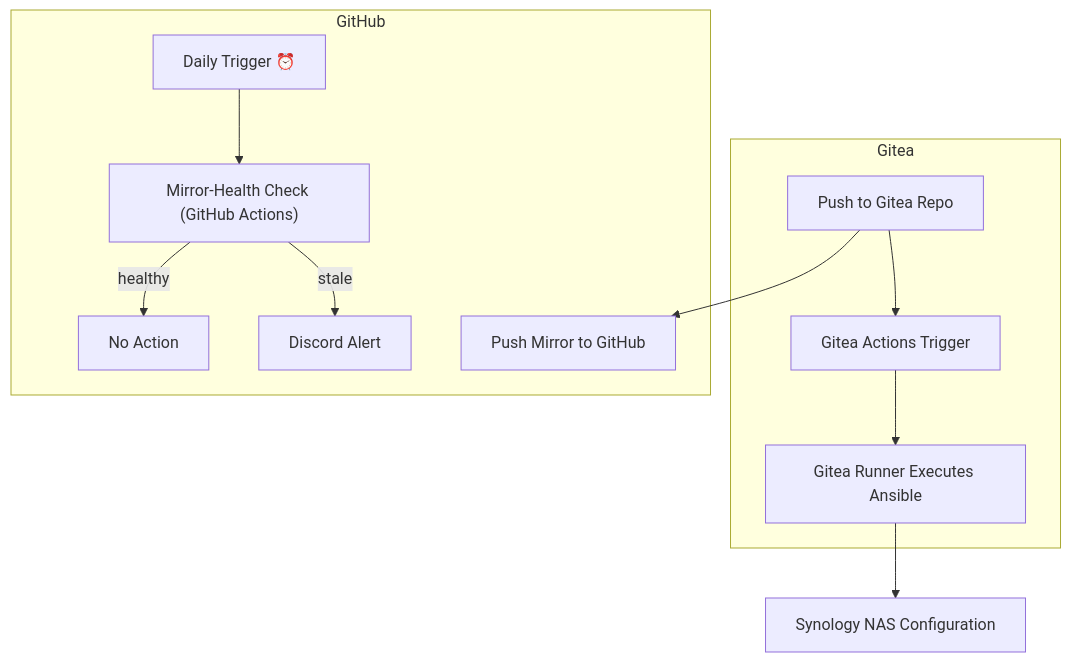
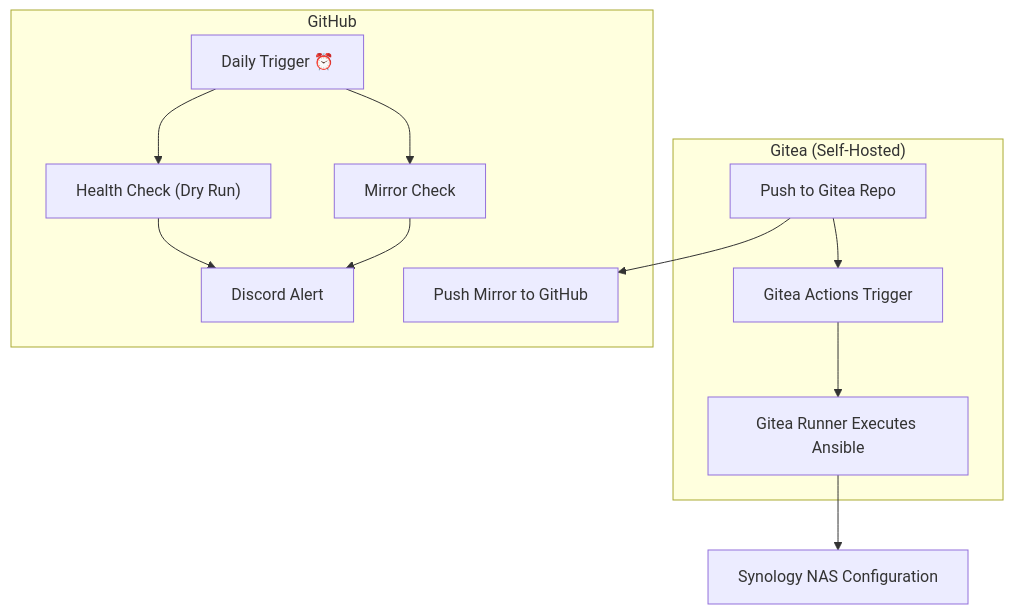
Before and after one commit to jaxzin/jaxzin-infra-bootstrap: the first of 2 diagrams in README.md, drawn with Mermaid. The commit also changed other lines of this file and 8 other files, not shown here.

````diff
--- a/README.md
+++ b/README.md
@@ -56,15 +58,16 @@
 ```mermaid
 flowchart TB
-    subgraph Gitea_CI["Gitea"]
+    subgraph Gitea_CI["Gitea (Self-Hosted)"]
         A[Push to Gitea Repo] --> B[Gitea Actions Trigger]
         B --> C[Gitea Runner Executes Ansible]
     end
     subgraph GitHub_CI["GitHub"]
         A --> E[Push Mirror to GitHub]
         T["Daily Trigger ⏰"]
-        T --> F["Mirror-Health Check (GitHub Actions)"]
-        F -->|stale| G["Discord Alert"]
-        F -->|healthy| H["No Action"]
+        T --> F["Mirror Check"]
+        F --> G["Discord Alert"]
+        T --> H["Health Check (Dry Run)"]
+        H --> G
     end
     C --> D[Synology NAS Configuration]
 ```
````
